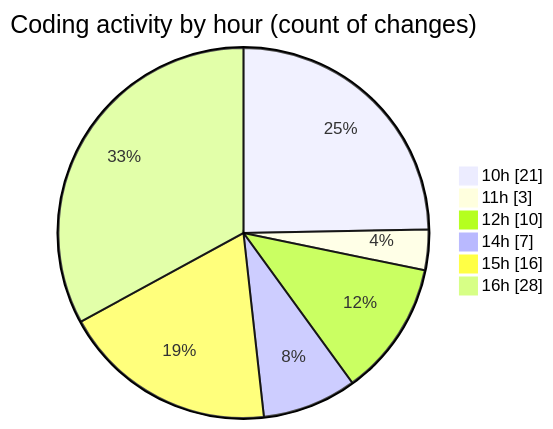
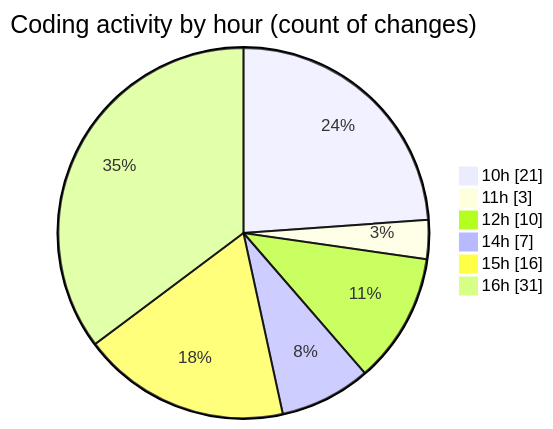
One commit to momahboobian/code-tracking changed the second of 2 diagrams in 2026-03-17/cda/README.md. Above: the diagram before and after it, drawn with Mermaid. The commit also changed other lines of this file and 1 other file, not shown here.

````diff
--- a/2026-03-17/cda/README.md
+++ b/2026-03-17/cda/README.md
@@ -50,10 +50,10 @@
 ```mermaid
 pie showData
 title Coding activity by hour (count of changes)
 "10h" : 21
 "11h" : 3
 "12h" : 10
 "14h" : 7
 "15h" : 16
-"16h" : 28
+"16h" : 31
 ```
````
